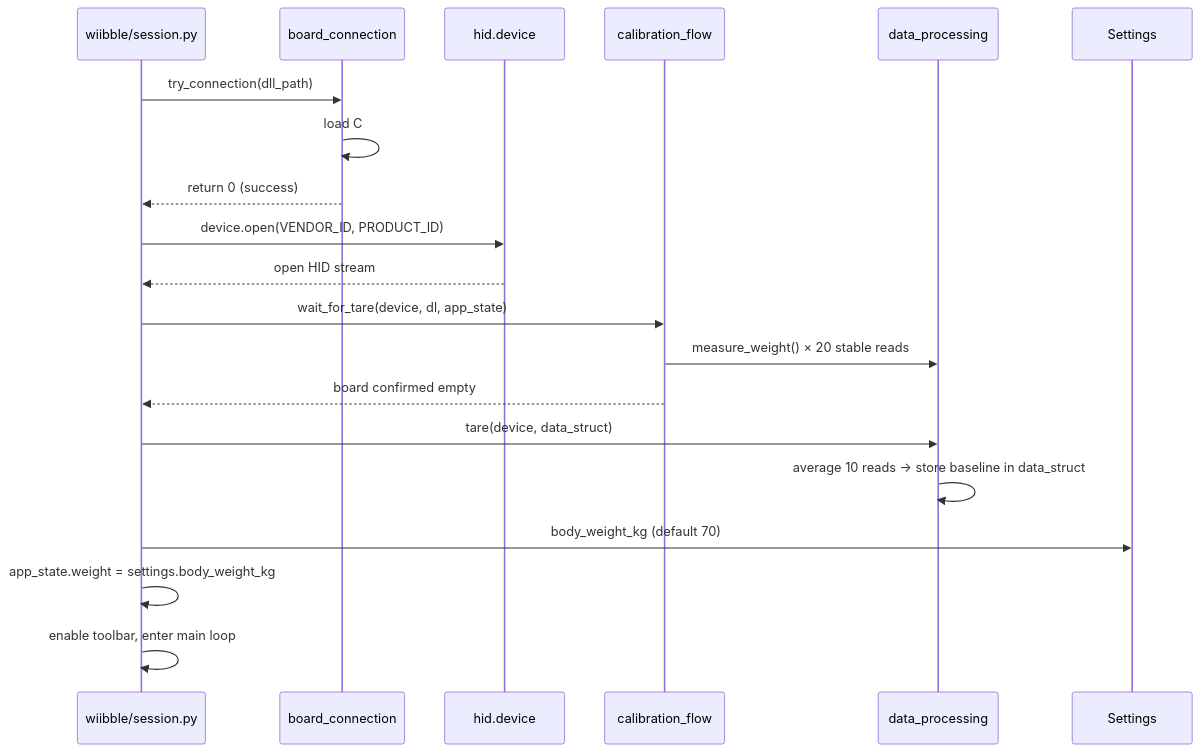
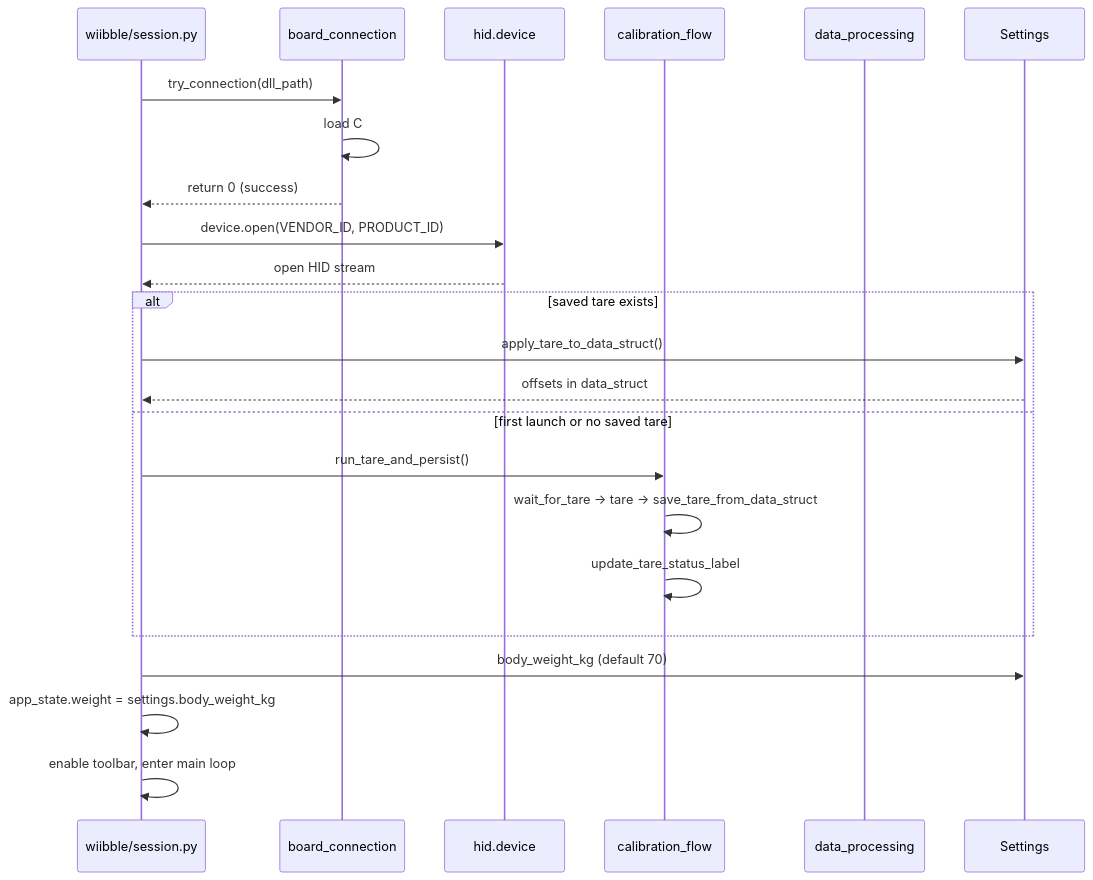
The fourth of 7 diagrams in docs/dev/architecture.md (NeuroRehack/WIIBBLE), drawn with Mermaid before and after one commit. The commit also changed other lines of this file and 9 other files, not shown here.

First line of the commit message:
feat: persist tare offsets and unify calibration tare flow

````diff
--- a/docs/dev/architecture.md
+++ b/docs/dev/architecture.md
@@ -202,26 +202,28 @@
 ```mermaid
 sequenceDiagram
     participant session as wiibble/session.py
     participant bc as board_connection
     participant hid as hid.device
     participant calib as calibration_flow
     participant dp as data_processing
     participant settings as Settings
 
     session->>bc: try_connection(dll_path)
     bc->>bc: load C# DLL, Connect(), Disconnect()
     bc-->>session: return 0 (success)
     session->>hid: device.open(VENDOR_ID, PRODUCT_ID)
     hid-->>session: open HID stream
 
-    session->>calib: wait_for_tare(device, dl, app_state)
-    calib->>dp: measure_weight() × 20 stable reads
-    calib-->>session: board confirmed empty
-
-    session->>dp: tare(device, data_struct)
-    dp->>dp: average 10 reads → store baseline in data_struct
+    alt saved tare exists
+        session->>settings: apply_tare_to_data_struct()
+        settings-->>session: offsets in data_struct
+    else first launch or no saved tare
+        session->>calib: run_tare_and_persist()
+        calib->>calib: wait_for_tare → tare → save_tare_from_data_struct
+        calib->>calib: update_tare_status_label
+    end
 
     session->>settings: body_weight_kg (default 70)
     session->>session: app_state.weight = settings.body_weight_kg
     session->>session: enable toolbar, enter main loop
 ```
````
